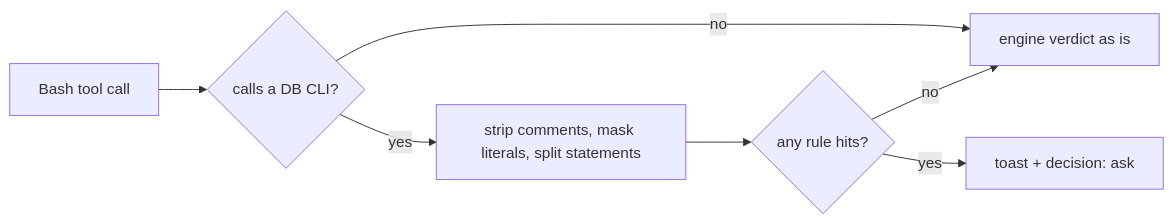
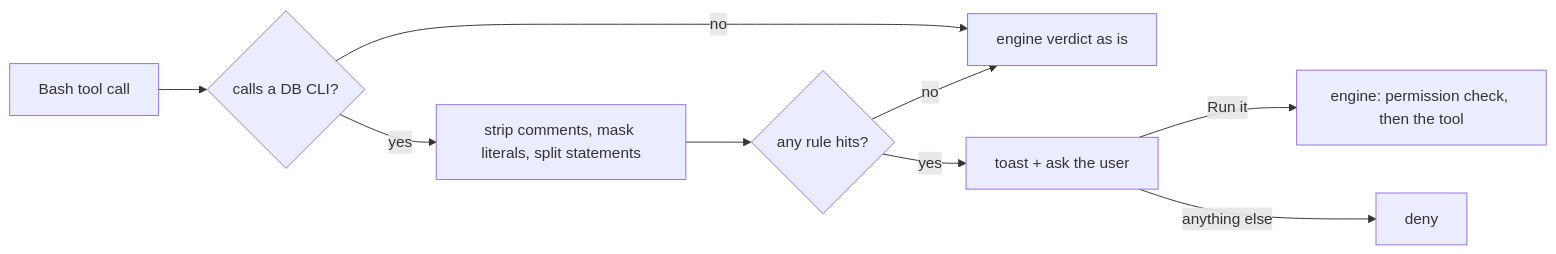
Before and after one commit to nu0ma/query-guard: the diagram in README.md, drawn with Mermaid. The commit also changed other lines of this file and 5 other files, not shown here.

Commit message:
feat: ask the user directly so the confirmation appears in every permission mode

````diff
--- a/README.md
+++ b/README.md
@@ -90,9 +88,11 @@
 ```mermaid
 flowchart LR
   B[Bash tool call] --> C{calls a DB CLI?}
   C -- no --> V[engine verdict as is]
   C -- yes --> P[strip comments, mask literals, split statements]
   P --> R{any rule hits?}
   R -- no --> V
-  R -- yes --> A[toast + decision: ask]
+  R -- yes --> A[toast + ask the user]
+  A -- Run it --> E[engine: permission check, then the tool]
+  A -- anything else --> D[deny]
 ```
````
